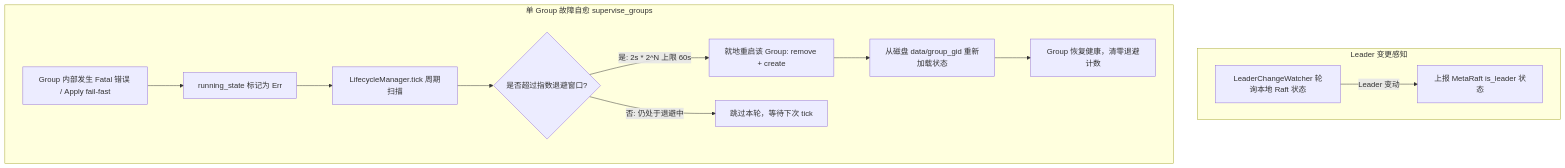
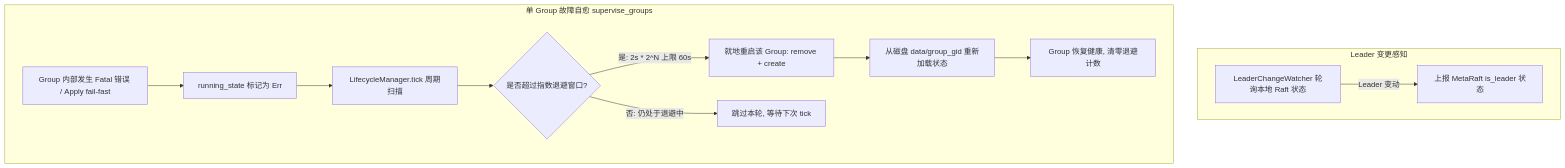
The eighth of 8 diagrams in ARCHITECTURE.md (Genuineh/AiDb), drawn with Mermaid before and after one commit. The commit also changed other lines of this file and 79 other files, not shown here.

````diff
--- a/ARCHITECTURE.md
+++ b/ARCHITECTURE.md
@@ -254,16 +254,16 @@
 ```mermaid
 flowchart TD
     subgraph Watcher [Leader 变更感知]
         LCW[LeaderChangeWatcher 轮询本地 Raft 状态] -->|Leader 变动| Report[上报 MetaRaft is_leader 状态]
     end
 
     subgraph SelfHealing [单 Group 故障自愈 supervise_groups]
         Err[Group 内部发生 Fatal 错误 / Apply fail-fast] --> Mark[running_state 标记为 Err]
         Mark --> Tick[LifecycleManager.tick 周期扫描]
         Tick --> Check{是否超过指数退避窗口?}
         Check -->|是: 2s * 2^N 上限 60s| Restart[就地重启该 Group: remove + create]
-        Check -->|否: 仍处于退避中| Wait[跳过本轮，等待下次 tick]
+        Check -->|否: 仍处于退避中| Wait[跳过本轮, 等待下次 tick]
         Restart --> Reload[从磁盘 data/group_gid 重新加载状态]
-        Reload --> Recovered[Group 恢复健康，清零退避计数]
+        Reload --> Recovered[Group 恢复健康, 清零退避计数]
     end
 ```
````
